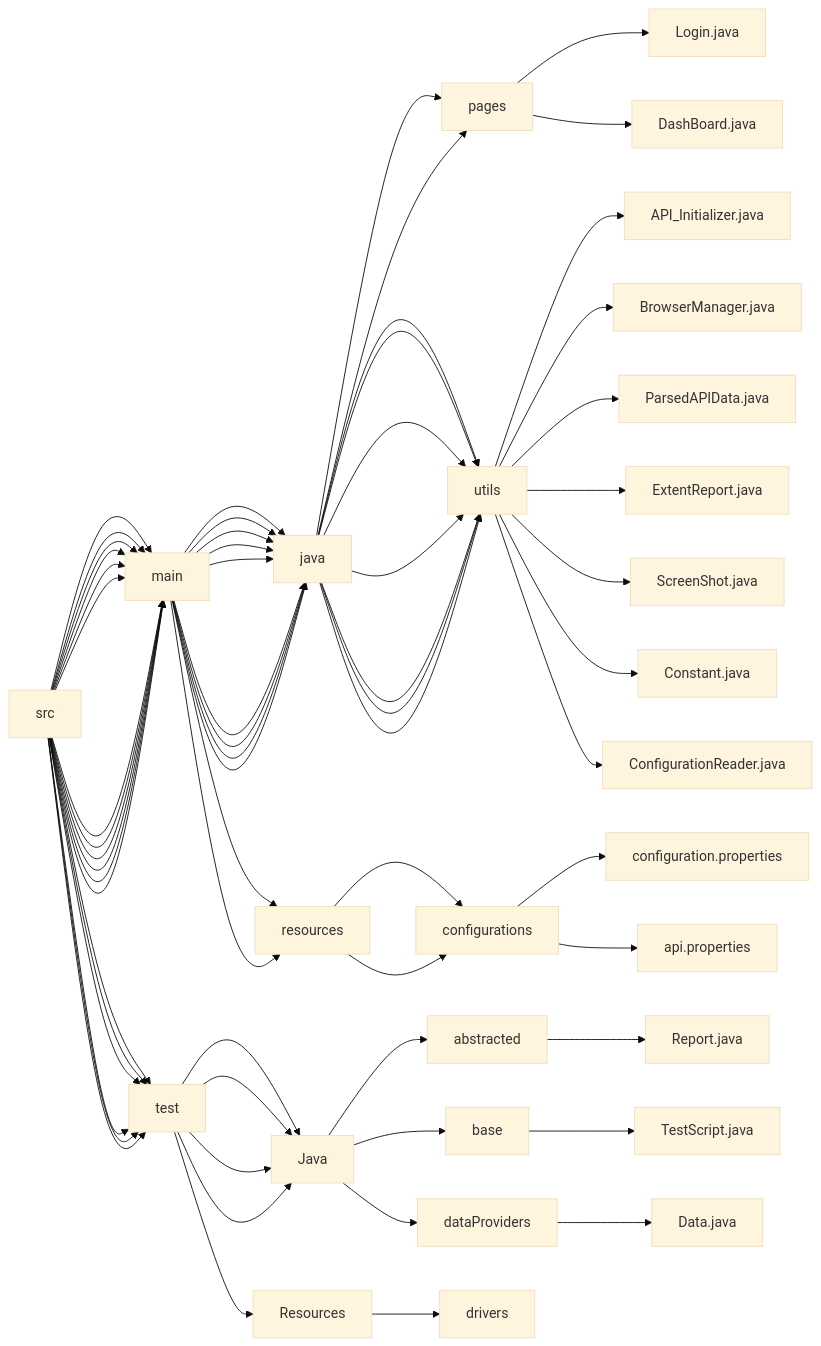
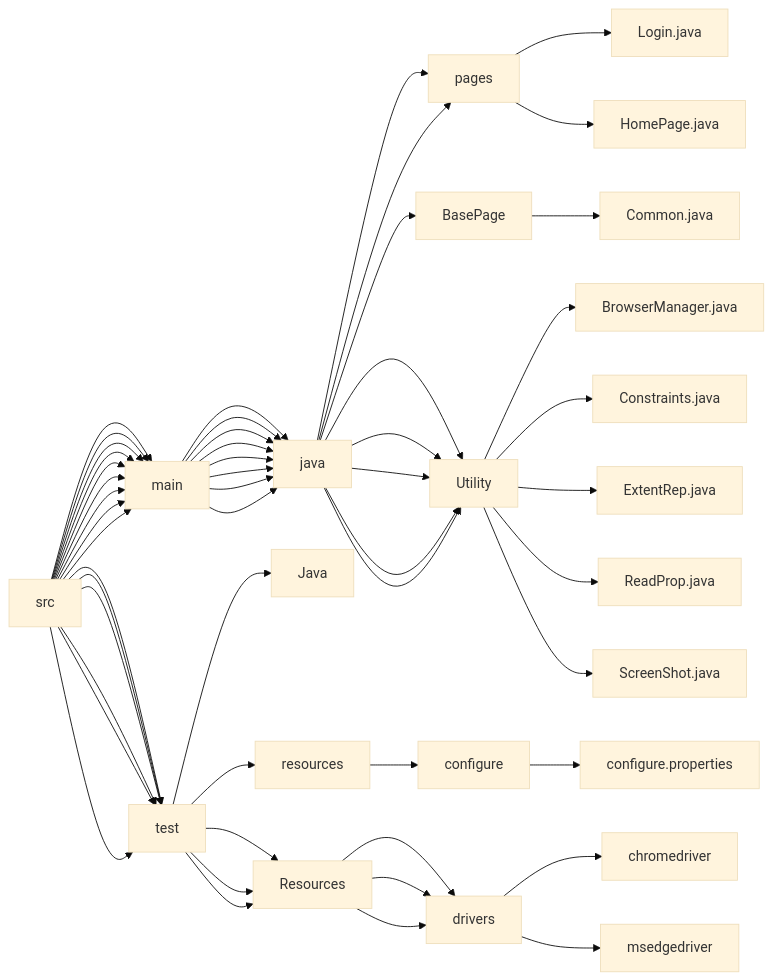
One commit to FouzanJafri/FouzanJafri_BDDCucumber_FrameWork changed the diagram in README.md. Above: the diagram before and after it, drawn with Mermaid (base theme). The commit also changed other lines of this file, not shown here.

````diff
--- a/README.md
+++ b/README.md
@@ -11,21 +11,19 @@
 ```mermaid
 flowchart LR;
 src-->main;
 src-->test;
 src-->main-->java-->pages-->Login.java;
-src-->main-->java-->pages-->DashBoard.java;
-src-->main-->java-->utils-->API_Initializer.java;
-src-->main-->java-->utils-->BrowserManager.java;
-src-->main-->java-->utils-->ParsedAPIData.java;
-src-->main-->java-->utils-->ExtentReport.java;
-src-->main-->java-->utils-->ScreenShot.java;
-src-->main-->java-->utils-->Constant.java;
-src-->main-->java-->utils-->ConfigurationReader.java;
-src-->main-->resources-->configurations-->configuration.properties;
-src-->main-->resources-->configurations-->api.properties;
+src-->main-->java-->pages-->HomePage.java;
+src-->main-->java-->BasePage-->Common.java;
+src-->main-->java-->Utility-->BrowserManager.java;
+src-->main-->java-->Utility-->Constraints.java;
+src-->main-->java-->Utility-->ExtentRep.java;
+src-->main-->java-->Utility-->ReadProp.java;
+src-->main-->java-->Utility-->ScreenShot.java;
 src-->test-->Java;
-src-->test-->Java-->abstracted-->Report.java;
-src-->test-->Java-->base-->TestScript.java;
-src-->test-->Java-->dataProviders-->Data.java;
+src-->test-->resources-->configure-->configure.properties;
 src-->test-->Resources-->drivers;
+src-->test-->Resources-->drivers-->chromedriver;
+src-->test-->Resources-->drivers-->msedgedriver;
+
 ```
````
